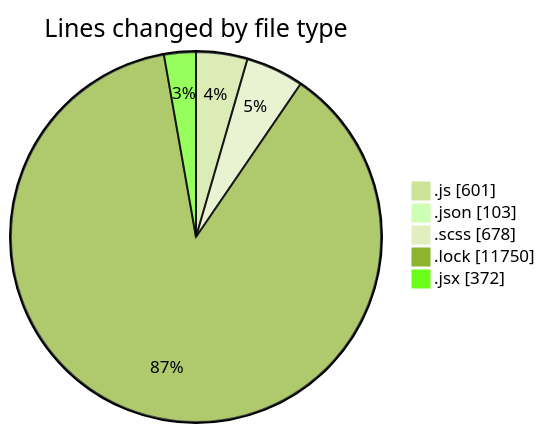
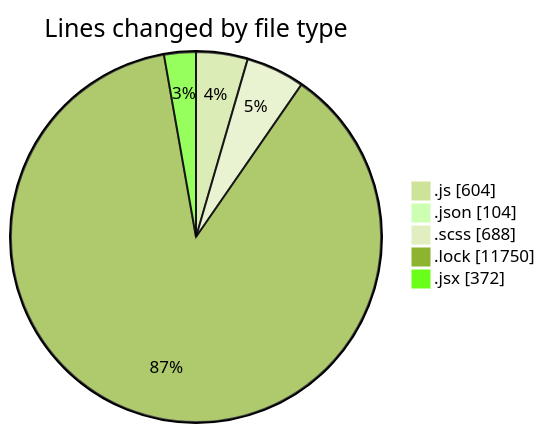
Before and after one commit to momahboobian/code-tracking: the first of 2 diagrams in 2026-01-08/cda/README.md, drawn with Mermaid (forest theme). The commit also changed other lines of this file and 1 other file, not shown here.

````diff
--- a/2026-01-08/cda/README.md
+++ b/2026-01-08/cda/README.md
@@ -39,9 +39,9 @@
 ```mermaid
 pie showData
 title Lines changed by file type
-".js" : 601
-".json" : 103
-".scss" : 678
+".js" : 604
+".json" : 104
+".scss" : 688
 ".lock" : 11750
 ".jsx" : 372
 ```
````
